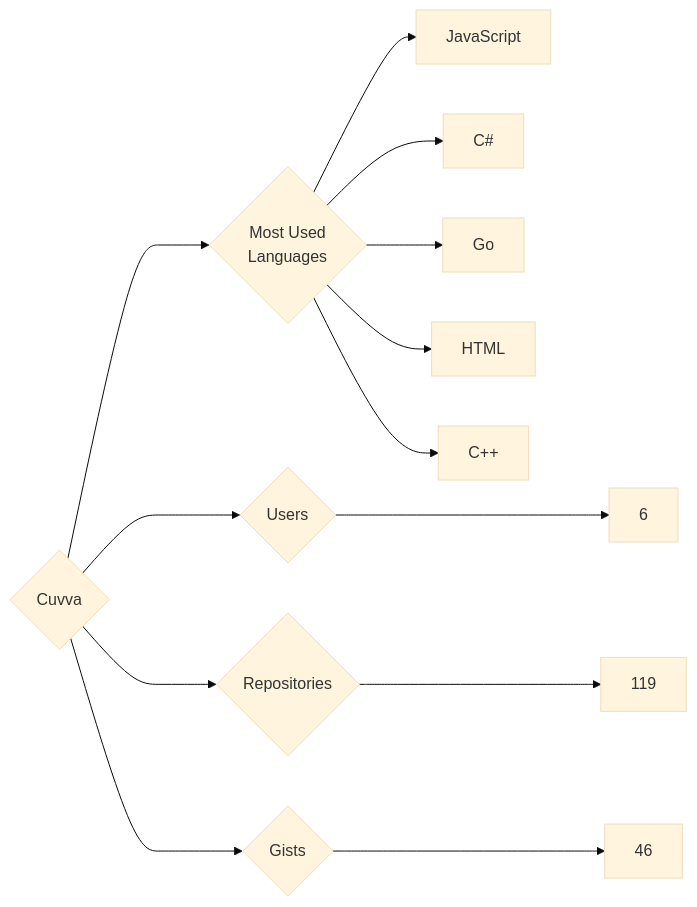
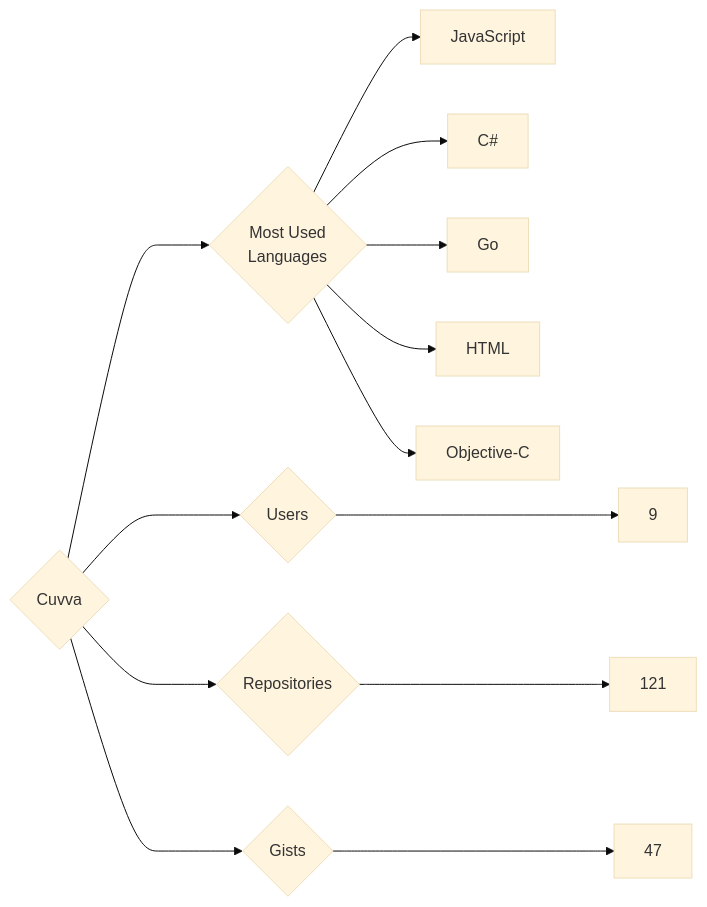
One commit to trickest/insiders changed the diagram in targets/Cuvva/README.md. Above: the diagram before and after it, drawn with Mermaid (base theme). The commit also changed 809 other files, not shown here.

````diff
--- a/targets/Cuvva/README.md
+++ b/targets/Cuvva/README.md
@@ -3,13 +3,13 @@
 ```mermaid
 graph LR
 COMPANY_NAME{Cuvva}
-COMPANY_NAME ---> U{Users} ---> UN[6]
-COMPANY_NAME ---> R{Repositories} ---> RN[119]
-COMPANY_NAME ---> G{Gists} ---> GN[46]
+COMPANY_NAME ---> U{Users} ---> UN[9]
+COMPANY_NAME ---> R{Repositories} ---> RN[121]
+COMPANY_NAME ---> G{Gists} ---> GN[47]
 COMPANY_NAME ---> ML{Most Used<br>Languages}
 ML --> JavaScript[JavaScript]
 ML --> C#[C#]
 ML --> Go[Go]
 ML --> HTML[HTML]
-ML --> C++[C++]
+ML --> Objective-C[Objective-C]
 ```
````
